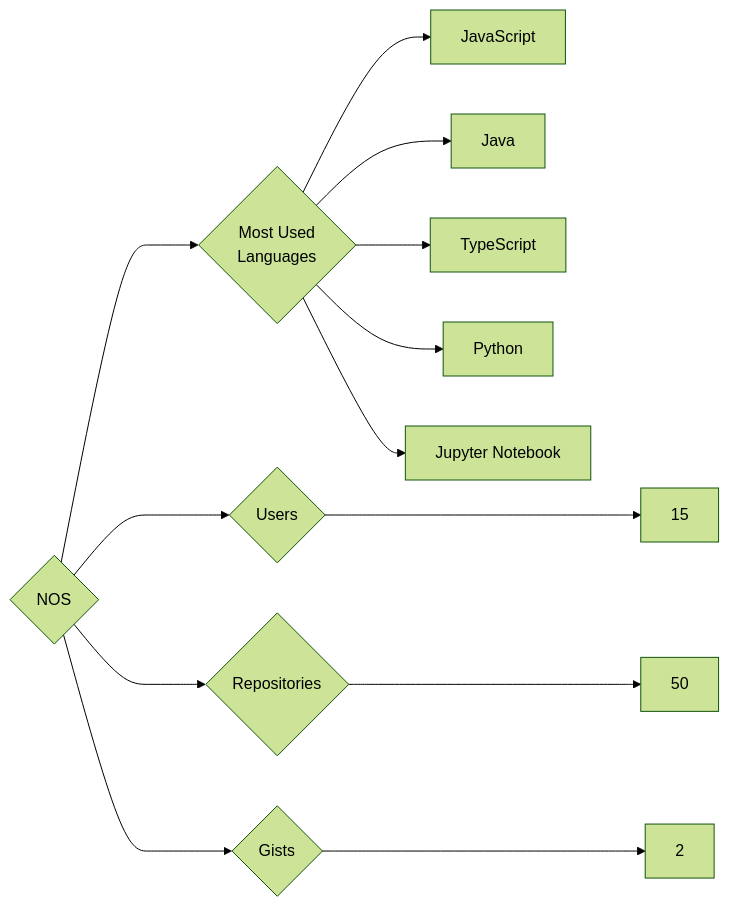
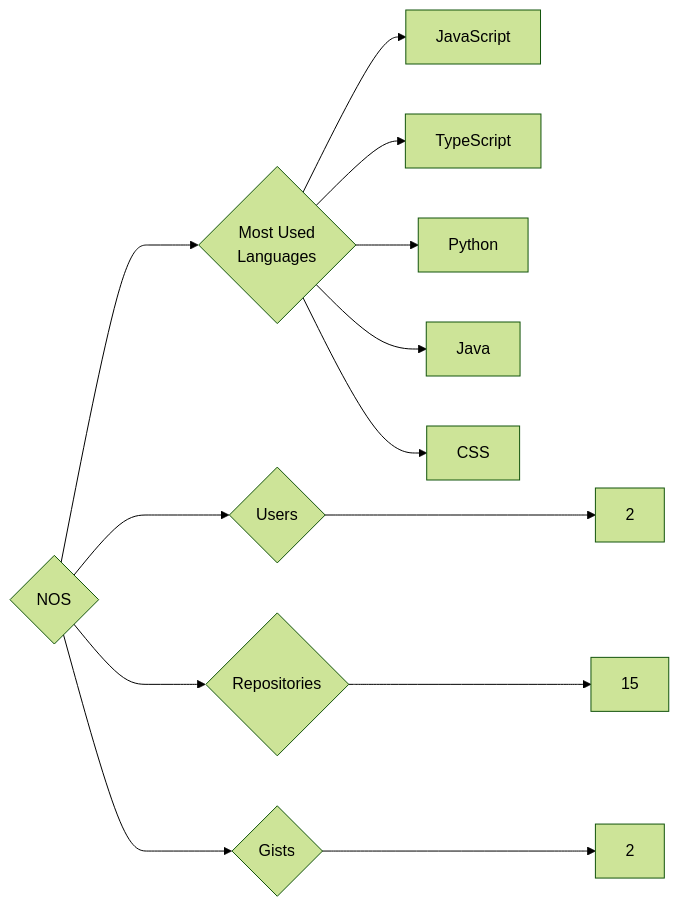
One commit to trickest/insiders changed the diagram in targets/NOS/README.md. Above: the diagram before and after it, drawn with Mermaid (forest theme). The commit also changed 912 other files, not shown here.

````diff
--- a/targets/NOS/README.md
+++ b/targets/NOS/README.md
@@ -3,13 +3,13 @@
 ```mermaid
 graph LR
 COMPANY_NAME{NOS}
-COMPANY_NAME ---> U{Users} ---> UN[15]
-COMPANY_NAME ---> R{Repositories} ---> RN[50]
+COMPANY_NAME ---> U{Users} ---> UN[2]
+COMPANY_NAME ---> R{Repositories} ---> RN[15]
 COMPANY_NAME ---> G{Gists} ---> GN[2]
 COMPANY_NAME ---> ML{Most Used<br>Languages}
 ML --> JavaScript[JavaScript]
-ML --> Java[Java]
 ML --> TypeScript[TypeScript]
 ML --> Python[Python]
-ML --> Jupyter_Notebook[Jupyter Notebook]
+ML --> Java[Java]
+ML --> CSS[CSS]
 ```
````
